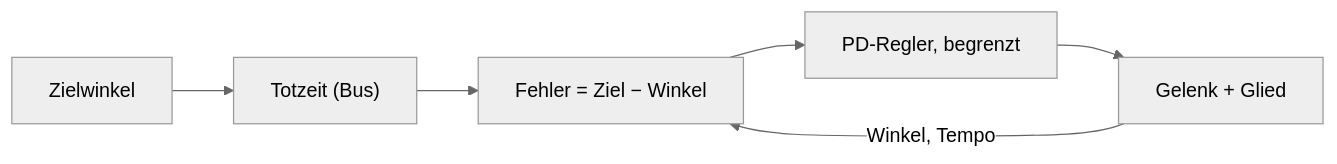
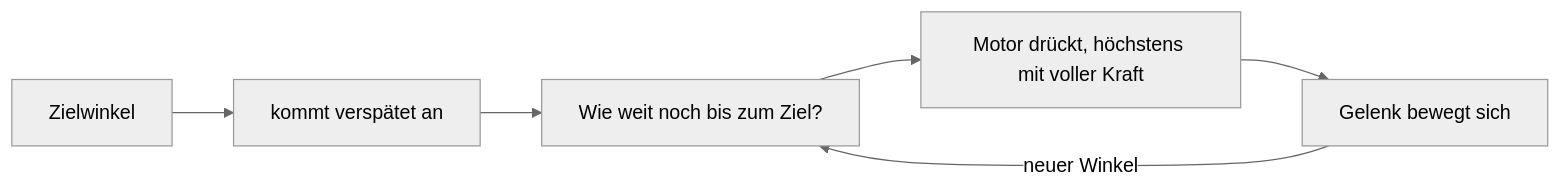
One commit to ChristianHohlfeld/kernengine.de changed the second of 2 diagrams in kern/docs/buch-gruen/C-grundlagen-physik.md. Above: the diagram before and after it, drawn with Mermaid (neutral theme). The commit also changed other lines of this file and 2 other files, not shown here.

````diff
--- a/kern/docs/buch-gruen/C-grundlagen-physik.md
+++ b/kern/docs/buch-gruen/C-grundlagen-physik.md
@@ -300,8 +330,8 @@
 ```mermaid
 flowchart LR
-  Z["Zielwinkel"] --> T["Totzeit (Bus)"]
-  T --> E["Fehler = Ziel − Winkel"]
-  E --> PD["PD-Regler, begrenzt"]
-  PD --> G["Gelenk + Glied"]
-  G -->|"Winkel, Tempo"| E
+  Z["Zielwinkel"] --> T["kommt verspätet an"]
+  T --> E["Wie weit noch bis zum Ziel?"]
+  E --> PD["Motor drückt, höchstens mit voller Kraft"]
+  PD --> G["Gelenk bewegt sich"]
+  G -->|"neuer Winkel"| E
 ```
````
